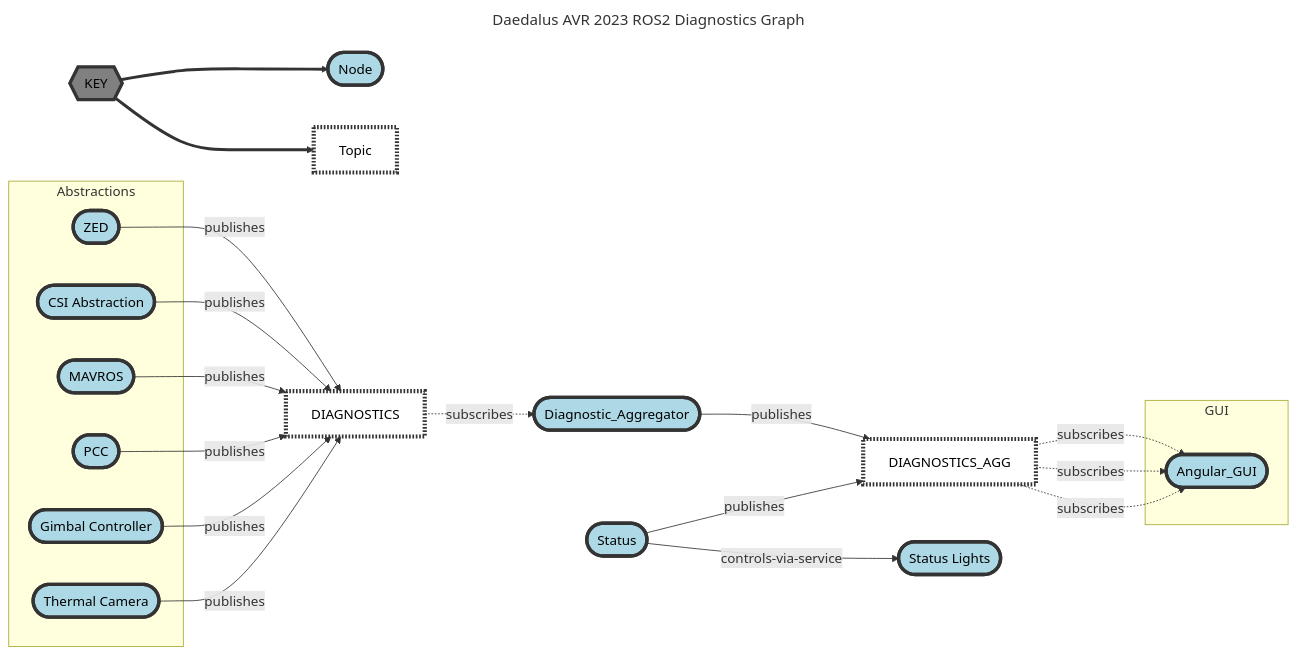
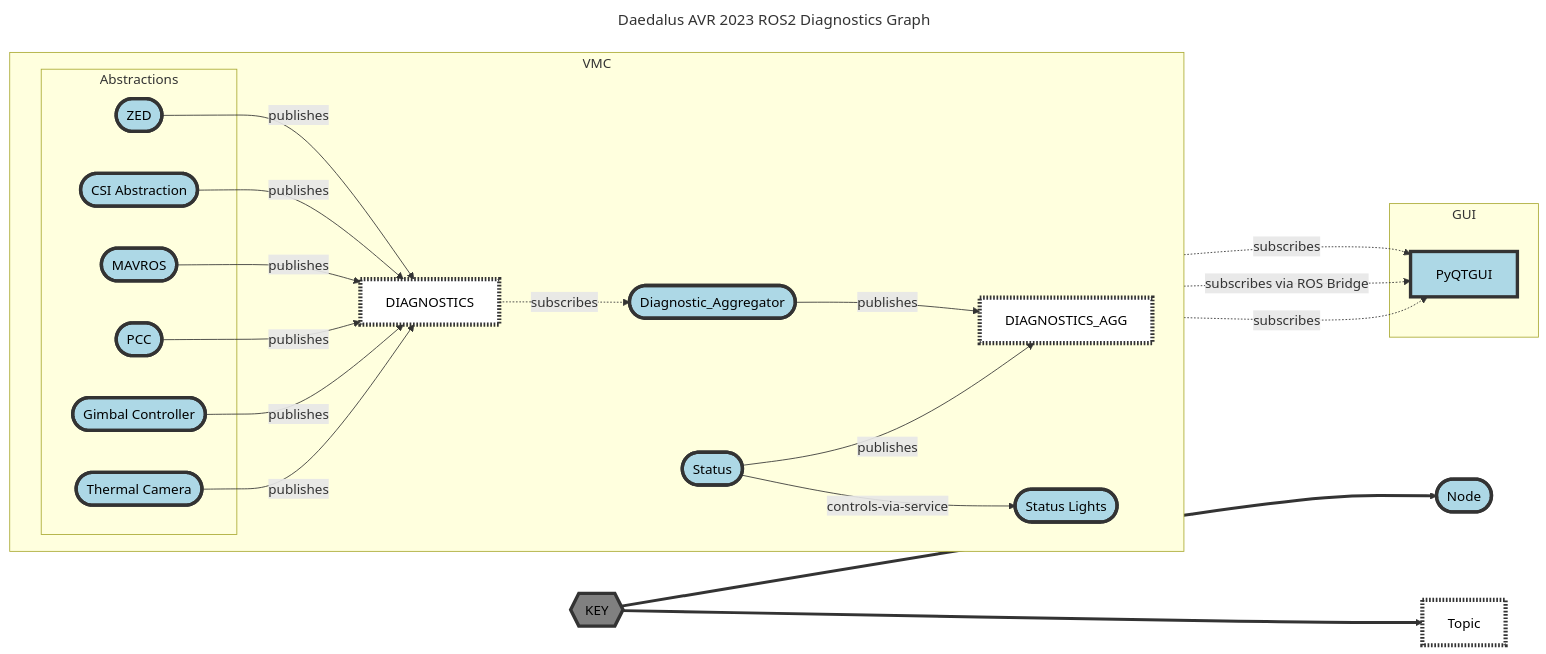
Before and after one commit to Daedalus-Robotics/avr_2023_documentation: the diagram in README.md, drawn with Mermaid.

Commit message:
Update README.md
Fixed and new

````diff
--- a/README.md
+++ b/README.md
@@ -1,53 +1,52 @@
 ```mermaid
 ---
 title: Daedalus AVR 2023 ROS2 Diagnostics Graph
 ---
 flowchart LR
     
     classDef node fill:lightBlue,color:black,stroke:#333,stroke-width:4px
     classDef topic fill:white,color:black,stroke:#333,stroke-width:5px, stroke-dasharray: 2 2
-
     classDef key fill:gray,color:black,stroke:#333,stroke-width:4px
     
+
+    subgraph VMC
+        direction LR
+        diagnostics_topic[DIAGNOSTICS]:::topic
+        diag_agg([Diagnostic_Aggregator])
+        diag_agg_topic[DIAGNOSTICS_AGG]:::topic
+        status_node([Status])
+        status_lights([Status Lights])
+        zed([ZED])
+        
+        subgraph Abstractions 
+            zed
+            CSI_abs
+            Mavros
+            PCC
+            gimcont
+            themcam
+        end
+    end
+
+    subgraph GUI 
+        PyQTGUI
+    end
+
     legend{{KEY}}:::key==>i1([Node]):::node
     legend==>i2[Topic]:::topic
-    
-    diagnostics_topic[DIAGNOSTICS]:::topic
-    diag_agg([Diagnostic_Aggregator])
-    diag_agg_topic[DIAGNOSTICS_AGG]:::topic
-    status_node([Status])
-    status_lights([Status Lights])
-    AngularGUI([Angular_GUI])
-    
-    zed([ZED])
-    
-   
-    
-    subgraph Abstractions 
-        zed
-        CSI_abs
-        Mavros
-        PCC
-        gimcont
-        themcam
-    end
-    
-    subgraph GUI 
-        AngularGUI
-    end
     
     zed --publishes-->diagnostics_topic
     CSI_abs([CSI Abstraction]) --publishes-->diagnostics_topic
     Mavros([MAVROS]) --publishes-->diagnostics_topic
     PCC([PCC]) --publishes-->diagnostics_topic
     gimcont([Gimbal Controller]) --publishes-->diagnostics_topic
     themcam([Thermal Camera]) --publishes-->diagnostics_topic
     diagnostics_topic -. subscribes .->diag_agg
     diag_agg --publishes-->diag_agg_topic
     status_node --publishes-->diag_agg_topic
     status_node --controls-via-service-->status_lights
-    diag_agg_topic -. subscribes .-> AngularGUI
-    diag_agg_topic -. subscribes .-> AngularGUI
-    diag_agg_topic -. subscribes .-> AngularGUI 
+    diag_agg_topic -. subscribes .-> PyQTGUI
+    diag_agg_topic -. subscribes via ROS Bridge .-> PyQTGUI
+    diag_agg_topic -. subscribes .-> PyQTGUI 
 
 ```
````
